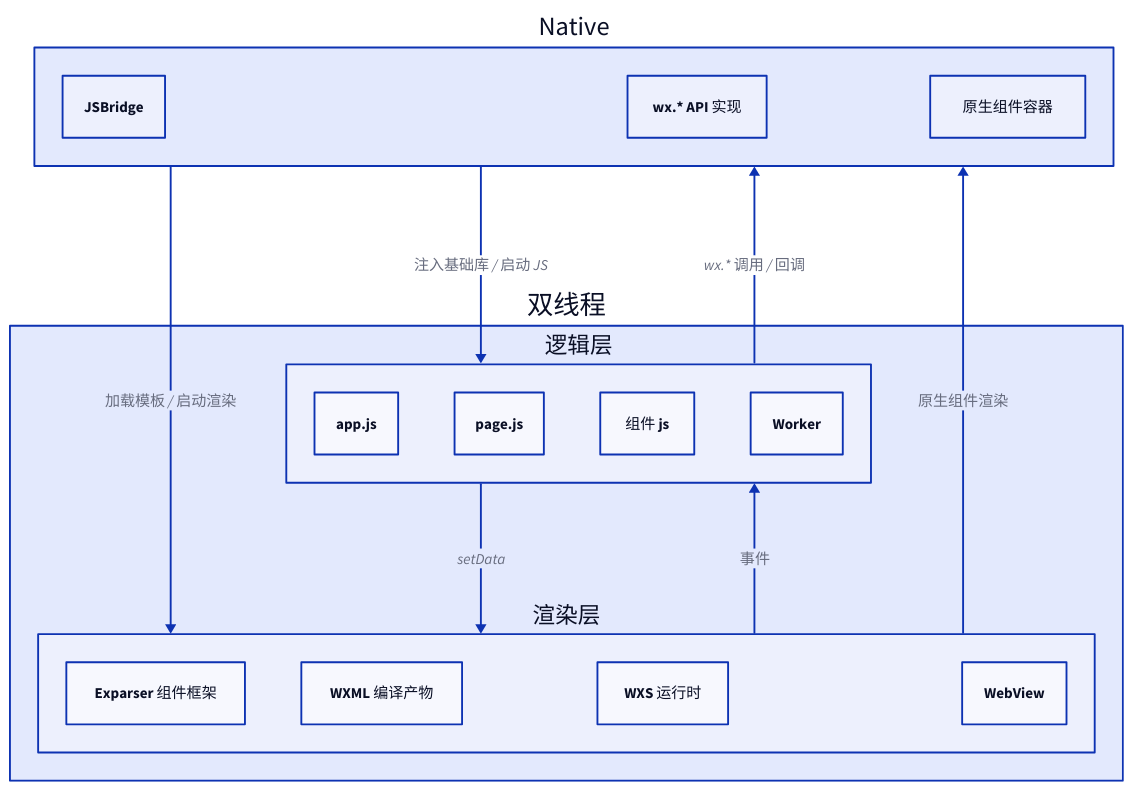
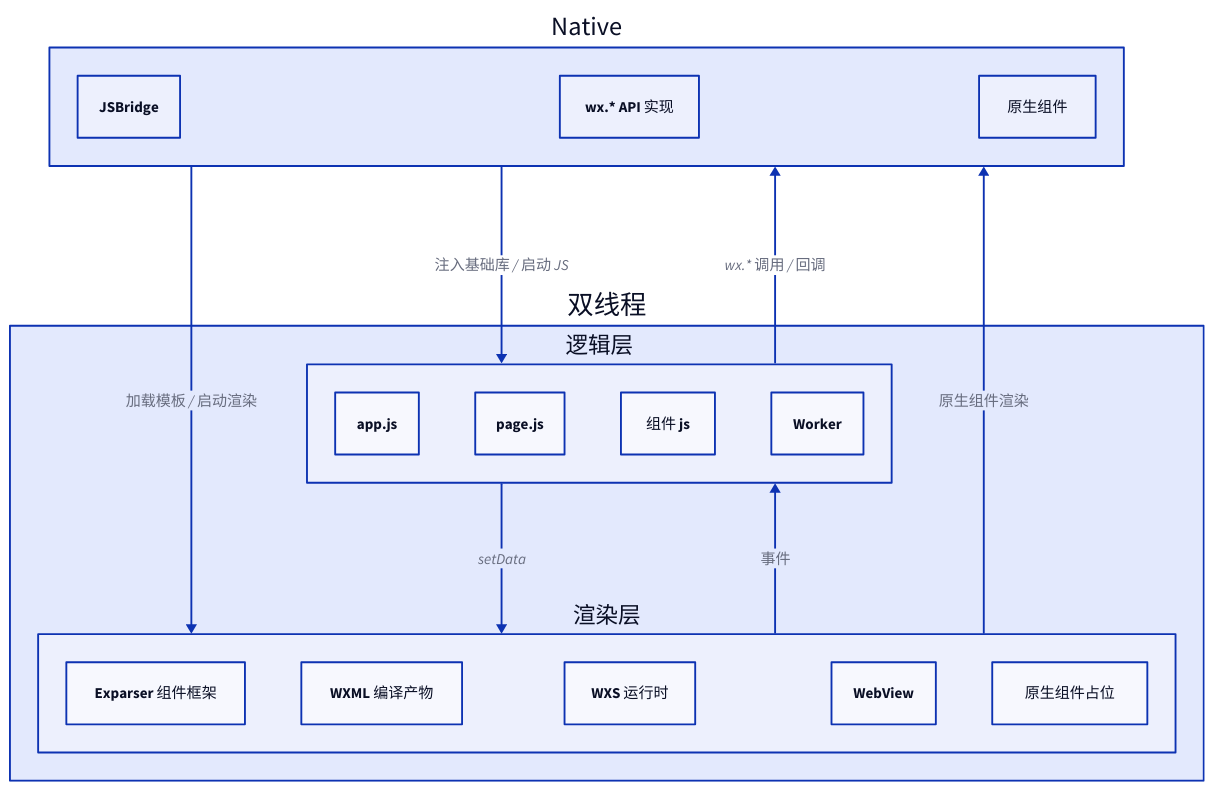
One commit to youngluo/thinking changed the third of 10 diagrams in apps/docs/experiences/微信小程序/原理与实践.md. Above: the diagram before and after it, drawn with D2. The commit also changed other lines of this file and 2 other files, not shown here.

Commit message:
docs: refine architecture documentation

````diff
--- a/apps/docs/experiences/微信小程序/原理与实践.md
+++ b/apps/docs/experiences/微信小程序/原理与实践.md
@@ -104,49 +109,50 @@
 ```d2
 direction: down
 
 native: Native {
   class: group
   direction: right
 
   bridge: JSBridge
   wxapi: wx.* API 实现
-  nativecom: 原生组件容器
+  nativecom: 原生组件
 }
 
 threads: 双线程 {
   class: group
   direction: right
 
   logic: 逻辑层 {
     class: group
 
     appjs: app.js
     pagejs: page.js
     component: 组件 js
     worker: Worker
   }
 
   view: 渲染层 {
     class: group
 
     exparser: Exparser 组件框架
     wxml: WXML 编译产物
     wxs_runtime: WXS 运行时
     webview: WebView
+    native_placeholder: 原生组件占位
   }
 }
 
 # 启动阶段
 native -> threads.logic: 注入基础库 / 启动 JS
 native -> threads.view: 加载模板 / 启动渲染
 
 # 运行时通信
 threads.logic -> threads.view: setData
 threads.view -> threads.logic: 事件
 
 # 宿主能力
 threads.logic -> native: wx.* 调用 / 回调
 
 # 原生组件
 threads.view -> native: 原生组件渲染
 ```
````
